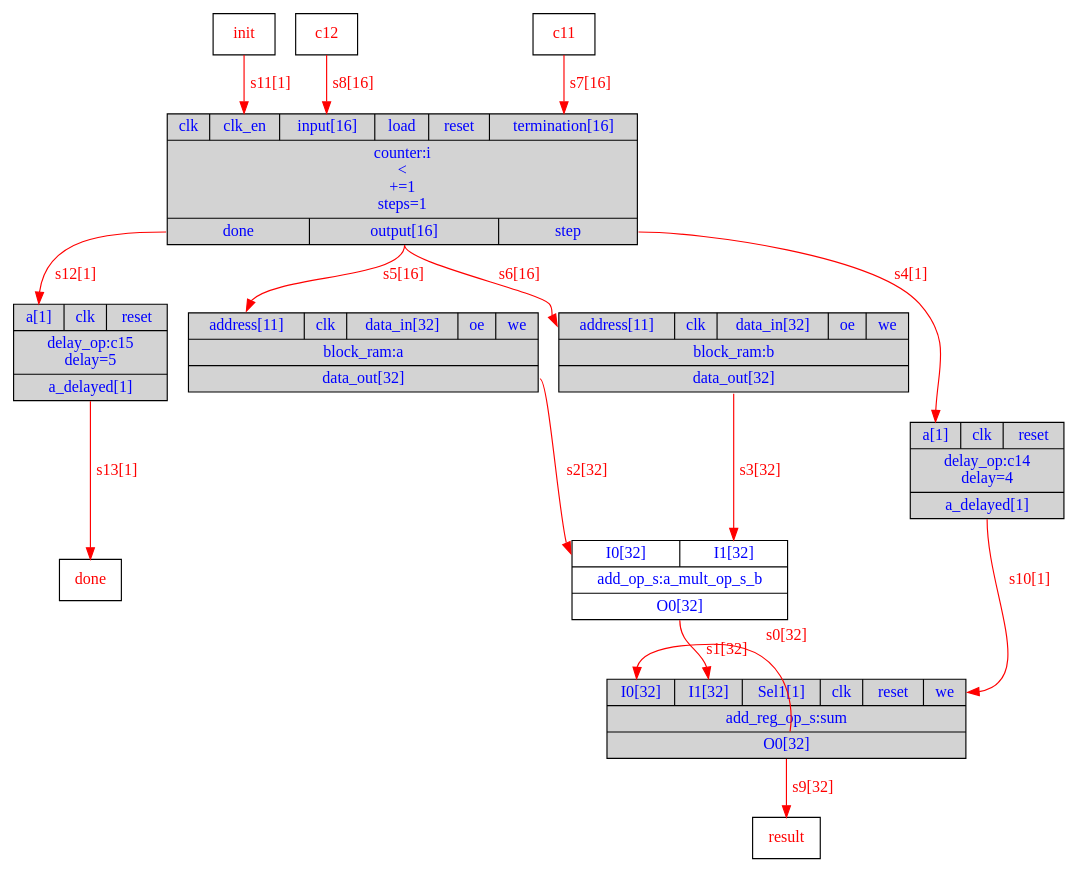
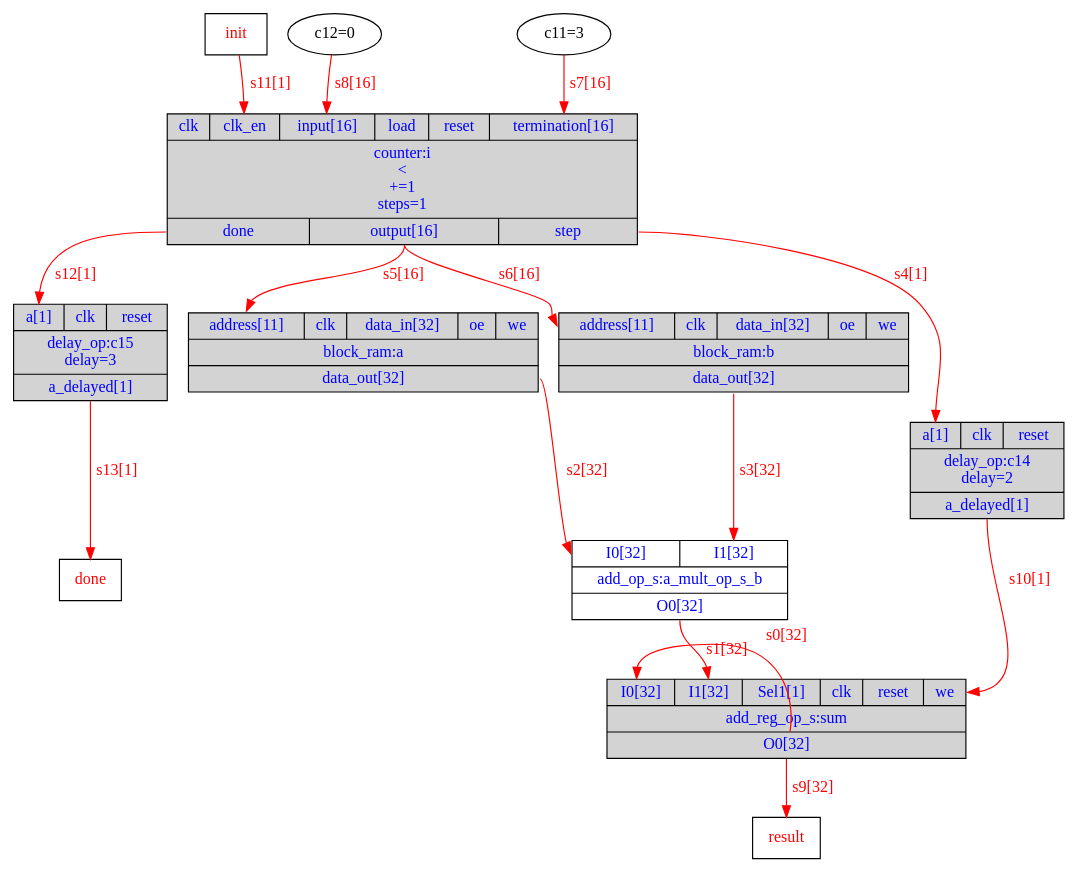
The diagram in branches/LALPC/Exemplos/dotprod/DOT/Exemplo_HW.dot (menotti/lalp), drawn with Graphviz before and after one commit. The commit also changed 44 other files, not shown here.

```diff
--- a/branches/LALPC/Exemplos/dotprod/DOT/Exemplo_HW.dot
+++ b/branches/LALPC/Exemplos/dotprod/DOT/Exemplo_HW.dot
@@ -1,25 +1,25 @@
 digraph diagram {
 // Components (Nodes) 
 "i" [shape=record, fontcolor=blue, style="filled", fillcolor="lightgray", label="{{<clk>clk|<clk_en>clk_en|<input>input[16]|<load>load|<reset>reset|<termination>termination[16]}|counter:i\n\<\n+=1\nsteps=1|{<done>done|<output>output[16]|<step>step}}"]; 
 "sum" [shape=record, fontcolor=blue, style="filled", fillcolor="lightgray", label="{{<I0>I0[32]|<I1>I1[32]|<Sel1>Sel1[1]|<clk>clk|<reset>reset|<we>we}|add_reg_op_s:sum|{<O0>O0[32]}}"]; 
 "a_mult_op_s_b" [shape=record, fontcolor=blue, label="{{<I0>I0[32]|<I1>I1[32]}|add_op_s:a_mult_op_s_b|{<O0>O0[32]}}"]; 
 "a" [shape=record, fontcolor=blue, style="filled", fillcolor="lightgray", label="{{<address>address[11]|<clk>clk|<data_in>data_in[32]|<oe>oe|<we>we}|block_ram:a|{<data_out>data_out[32]}}"]; 
 "b" [shape=record, fontcolor=blue, style="filled", fillcolor="lightgray", label="{{<address>address[11]|<clk>clk|<data_in>data_in[32]|<oe>oe|<we>we}|block_ram:b|{<data_out>data_out[32]}}"]; 
-"init" [shape=msquare fontcolor=red label="init"]"done" [shape=msquare fontcolor=red label="done"]"c11" [shape=msquare fontcolor=red label="c11"]"c12" [shape=msquare fontcolor=red label="c12"]"result" [shape=msquare fontcolor=red label="result"]"c14" [shape=record, fontcolor=blue, style="filled", fillcolor="lightgray", label="{{<a>a[1]|<clk>clk|<reset>reset}|delay_op:c14\ndelay=4|{<a_delayed>a_delayed[1]}}"]; 
-"c15" [shape=record, fontcolor=blue, style="filled", fillcolor="lightgray", label="{{<a>a[1]|<clk>clk|<reset>reset}|delay_op:c15\ndelay=5|{<a_delayed>a_delayed[1]}}"]; 
+"init" [shape=msquare fontcolor=red label="init"]"done" [shape=msquare fontcolor=red label="done"]"c11" [fontcolor=b label="c11=3"]"c12" [fontcolor=b label="c12=0"]"result" [shape=msquare fontcolor=red label="result"]"c14" [shape=record, fontcolor=blue, style="filled", fillcolor="lightgray", label="{{<a>a[1]|<clk>clk|<reset>reset}|delay_op:c14\ndelay=2|{<a_delayed>a_delayed[1]}}"]; 
+"c15" [shape=record, fontcolor=blue, style="filled", fillcolor="lightgray", label="{{<a>a[1]|<clk>clk|<reset>reset}|delay_op:c15\ndelay=3|{<a_delayed>a_delayed[1]}}"]; 
 // Signals (Edges) 
 "sum":O0 -> "sum":I0[label="s0[32]" color=red fontcolor=red]; 
 "a_mult_op_s_b":O0 -> "sum":I1[label="s1[32]" color=red fontcolor=red]; 
 "a":data_out -> "a_mult_op_s_b":I0[label="s2[32]" color=red fontcolor=red]; 
 "b":data_out -> "a_mult_op_s_b":I1[label="s3[32]" color=red fontcolor=red]; 
 "i":step -> "c14":a[label="s4[1]" color=red fontcolor=red]; 
 "i":output -> "a":address[label="s5[16]" color=red fontcolor=red]; 
 "i":output -> "b":address[label="s6[16]" color=red fontcolor=red]; 
 "c11":out -> "i":termination[label="s7[16]" color=red fontcolor=red]; 
 "c12":out -> "i":input[label="s8[16]" color=red fontcolor=red]; 
 "sum":O0 -> "result":in[label="s9[32]" color=red fontcolor=red]; 
 "c14":a_delayed -> "sum":we[label="s10[1]" color=red fontcolor=red]; 
 "init":out -> "i":clk_en[label="s11[1]" color=red fontcolor=red]; 
 "i":done -> "c15":a[label="s12[1]" color=red fontcolor=red]; 
 "c15":a_delayed -> "done":in[label="s13[1]" color=red fontcolor=red]; 
 }
```
